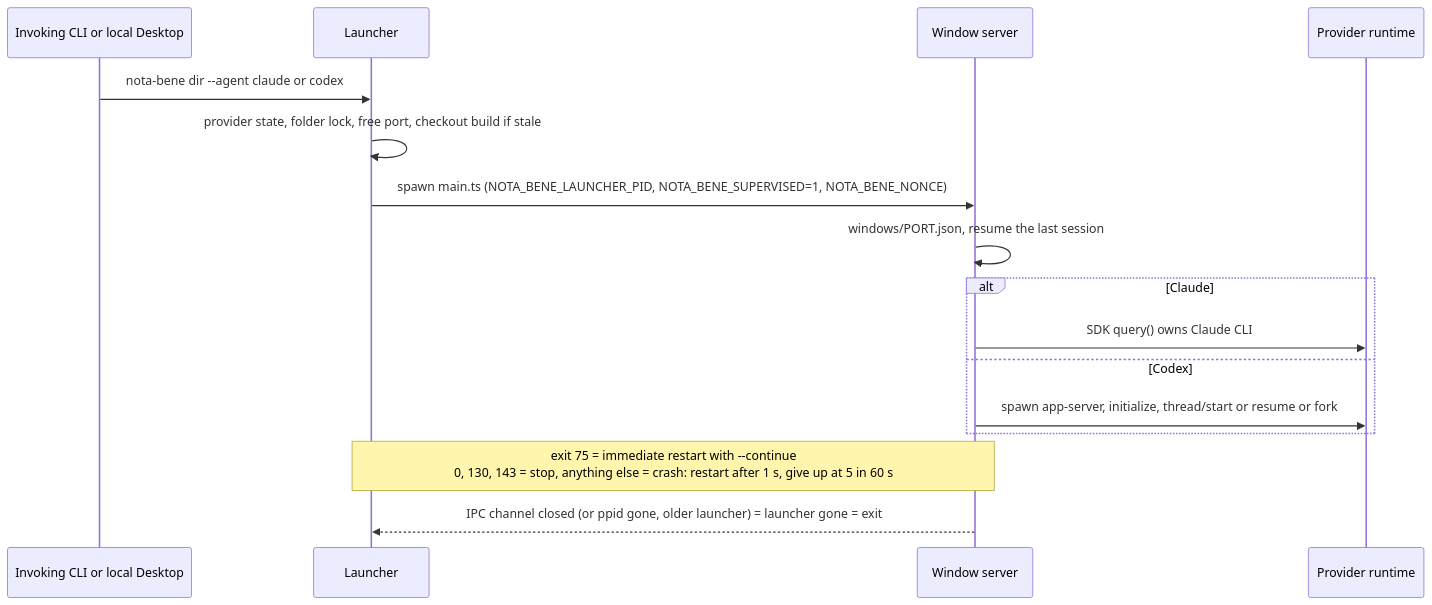
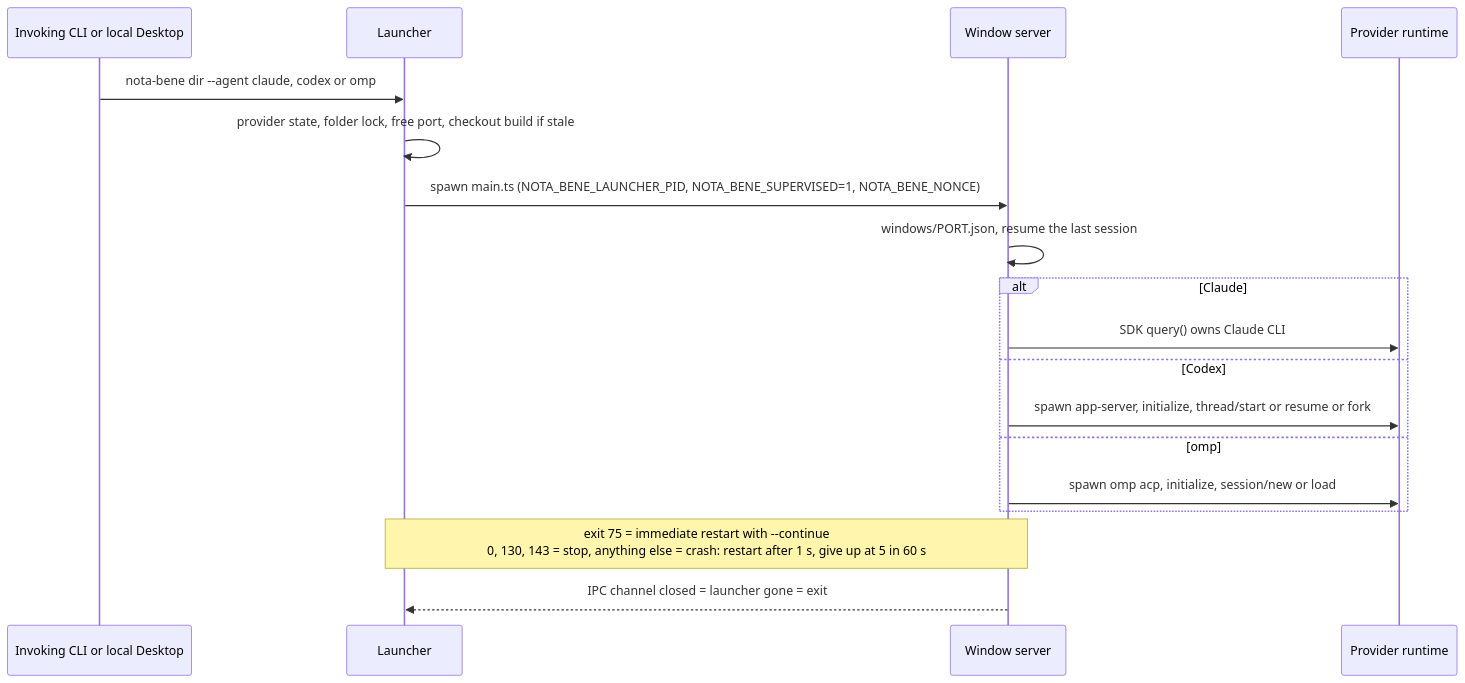
Before and after one commit to iCubeDm/nota-bene-ide: the second of 4 diagrams in docs/architecture.md, drawn with Mermaid. The commit also changed other lines of this file and 64 other files, not shown here.

````diff
--- a/docs/architecture.md
+++ b/docs/architecture.md
@@ -73,18 +74,20 @@
 ```mermaid
 sequenceDiagram
   participant CC as Invoking CLI or local Desktop
   participant L as Launcher
   participant S as Window server
   participant A as Provider runtime
-  CC->>L: nota-bene dir --agent claude or codex
+  CC->>L: nota-bene dir --agent claude, codex or omp
   L->>L: provider state, folder lock, free port, checkout build if stale
   L->>S: spawn main.ts (NOTA_BENE_LAUNCHER_PID, NOTA_BENE_SUPERVISED=1, NOTA_BENE_NONCE)
   S->>S: windows/PORT.json, resume the last session
   alt Claude
     S->>A: SDK query() owns Claude CLI
   else Codex
     S->>A: spawn app-server, initialize, thread/start or resume or fork
+  else omp
+    S->>A: spawn omp acp, initialize, session/new or load
   end
   Note over S,L: exit 75 = immediate restart with --continue<br/>0, 130, 143 = stop, anything else = crash: restart after 1 s, give up at 5 in 60 s
-  S-->>L: IPC channel closed (or ppid gone, older launcher) = launcher gone = exit
+  S-->>L: IPC channel closed = launcher gone = exit
 ```
````
